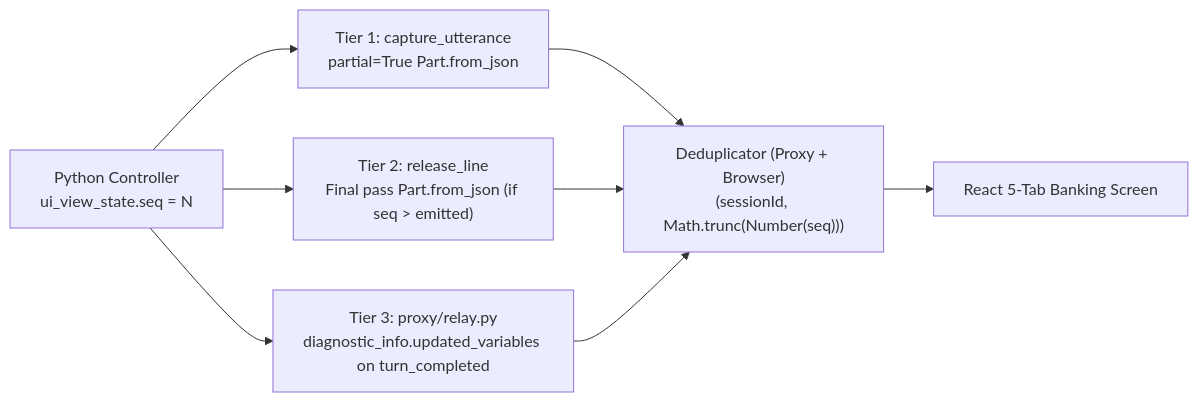
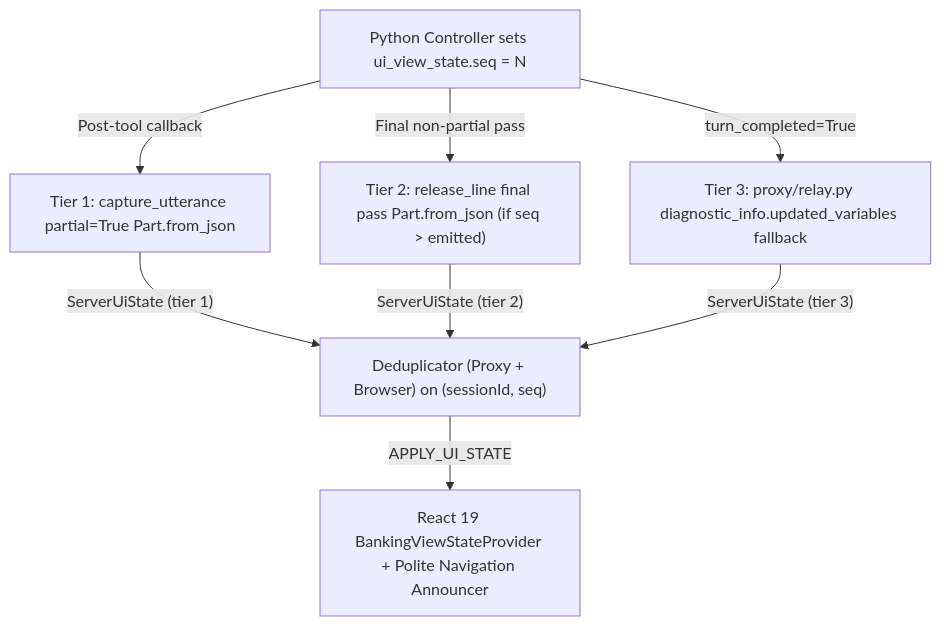
Before and after one commit to oliviervg1/gecx-bank-demo: the diagram in docs/architecture/bidi_ui_sync_and_session_runtime.md, drawn with Mermaid. The commit also changed other lines of this file and 19 other files, not shown here.

````diff
--- a/docs/architecture/bidi_ui_sync_and_session_runtime.md
+++ b/docs/architecture/bidi_ui_sync_and_session_runtime.md
@@ -11,10 +11,17 @@
 ```mermaid
-flowchart LR
-    Ctrl["Python Controller<br/>ui_view_state.seq = N"] --> T1["Tier 1: capture_utterance<br/>partial=True Part.from_json"]
-    Ctrl --> T2["Tier 2: release_line<br/>Final pass Part.from_json (if seq > emitted)"]
-    Ctrl --> T3["Tier 3: proxy/relay.py<br/>diagnostic_info.updated_variables on turn_completed"]
-    T1 --> Dedup["Deduplicator (Proxy + Browser)<br/>(sessionId, Math.trunc(Number(seq)))"]
-    T2 --> Dedup
-    T3 --> Dedup
-    Dedup --> Tabs["React 5-Tab Banking Screen"]
+flowchart TD
+    Ctrl["Python Controller sets ui_view_state.seq = N"]
+    T1["Tier 1: capture_utterance partial=True Part.from_json"]
+    T2["Tier 2: release_line final pass Part.from_json (if seq > emitted)"]
+    T3["Tier 3: proxy/relay.py diagnostic_info.updated_variables fallback"]
+    Dedup["Deduplicator (Proxy + Browser) on (sessionId, seq)"]
+    Tabs["React 19 BankingViewStateProvider + Polite Navigation Announcer"]
+
+    Ctrl -->|"Post-tool callback"| T1
+    Ctrl -->|"Final non-partial pass"| T2
+    Ctrl -->|"turn_completed=True"| T3
+    T1 -->|"ServerUiState (tier 1)"| Dedup
+    T2 -->|"ServerUiState (tier 2)"| Dedup
+    T3 -->|"ServerUiState (tier 3)"| Dedup
+    Dedup -->|"APPLY_UI_STATE"| Tabs
 ```
````
